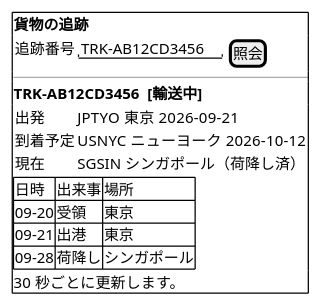
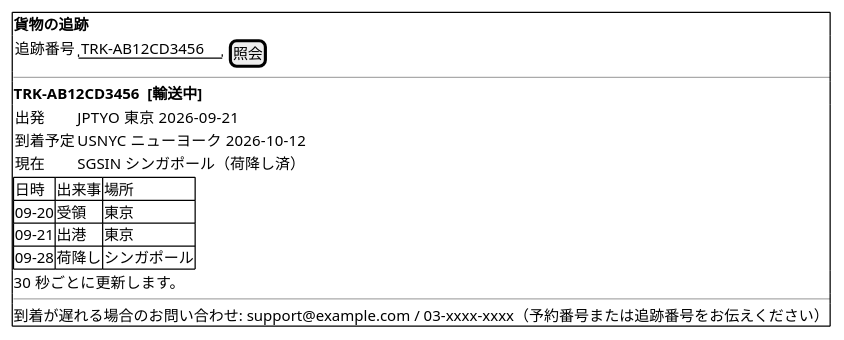
One commit to k2works/case-study-cargo-tracker changed diagram 17 of 20 in docs/design/cargo-tracker/ui_design.md. Above: the diagram before and after it, drawn with PlantUML. The commit also changed other lines of this file and 18 other files, not shown here.

````diff
--- a/docs/design/cargo-tracker/ui_design.md
+++ b/docs/design/cargo-tracker/ui_design.md
@@ -559,22 +743,24 @@
 ```plantuml
 @startsalt
 {+
   <b>貨物の追跡
   { 追跡番号 | "TRK-AB12CD3456" | [照会] }
   ---
   <b>TRK-AB12CD3456  <b>[輸送中]</b>
   {
     出発 | JPTYO 東京  2026-09-21
     到着予定 | USNYC ニューヨーク  2026-10-12
     現在 | SGSIN シンガポール（荷降し済）
   }
   {#
     日時 | 出来事 | 場所
     09-20 | 受領 | 東京
     09-21 | 出港 | 東京
     09-28 | 荷降し | シンガポール
   }
   30 秒ごとに更新します。
+  ---
+  到着が遅れる場合のお問い合わせ: support@example.com / 03-xxxx-xxxx（予約番号または追跡番号をお伝えください）
 }
 @endsalt
 ```
````
